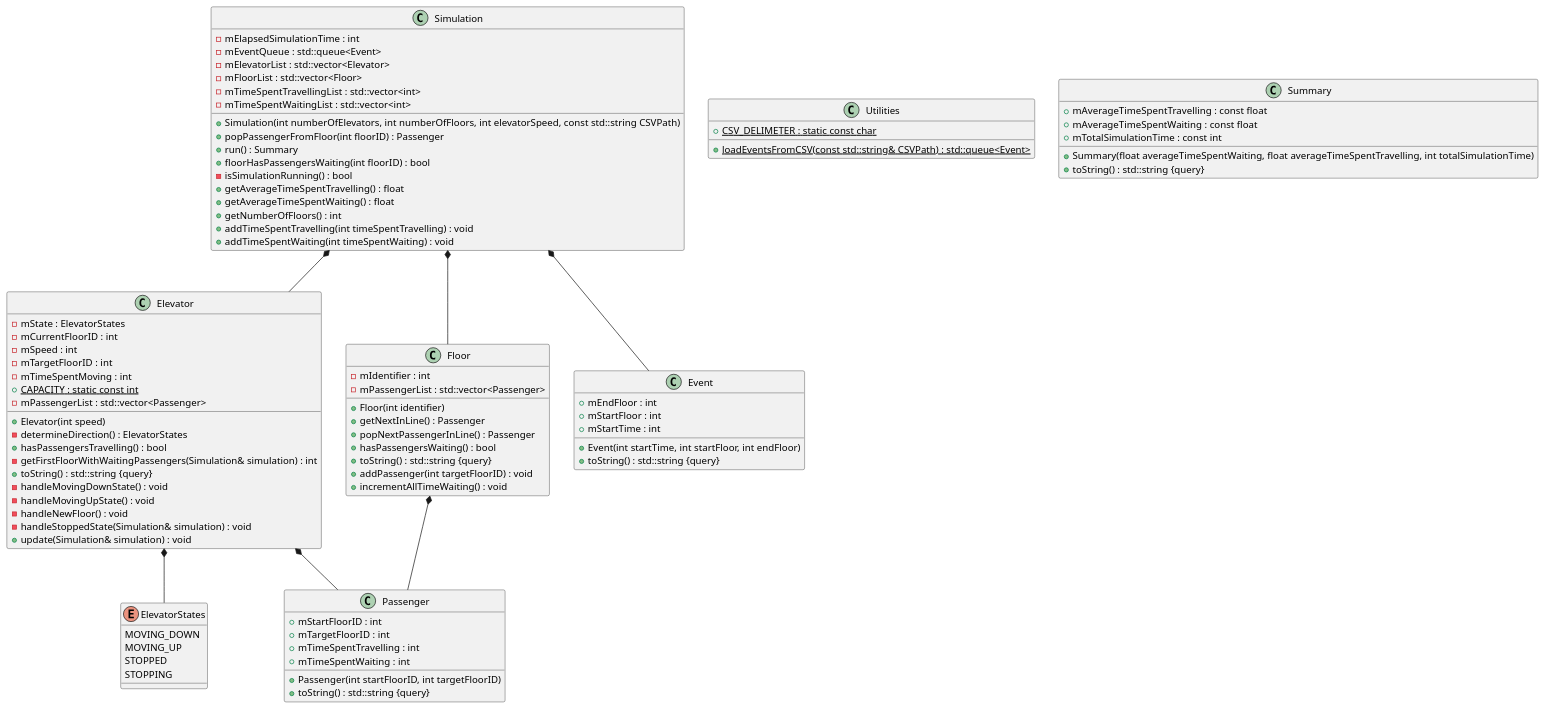
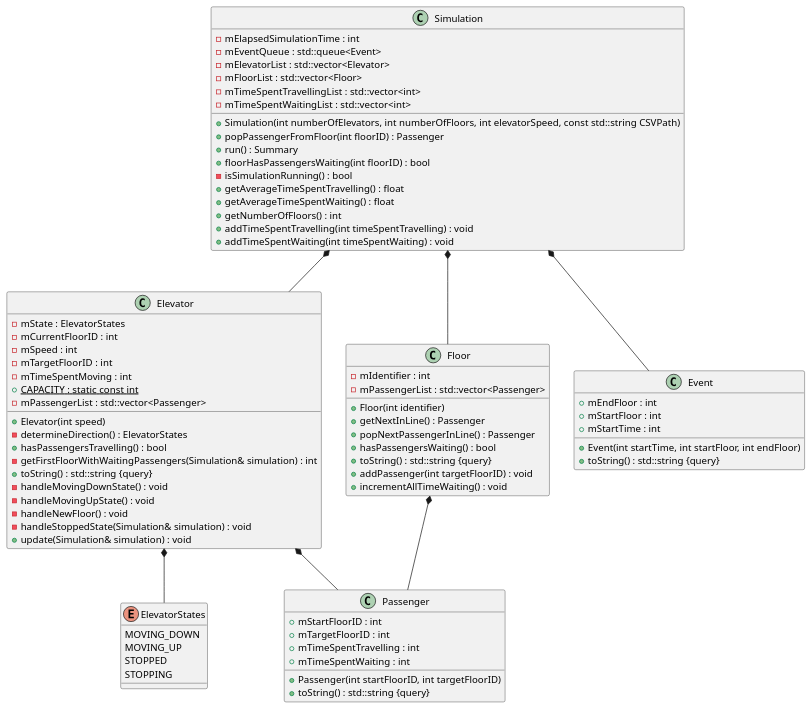
One commit to t-macdon/oop-cpp-605-604 changed the diagram in Elevators/docs/design.plantuml. Above: the diagram before and after it, drawn with PlantUML. The commit also changed 1 other file, not shown here.

Commit message:
Split some classes out so the final diagram fits better on a word doc

```diff
--- a/Elevators/docs/design.plantuml
+++ b/Elevators/docs/design.plantuml
@@ -1,141 +1,122 @@
-@startuml
-
-
-
+@startuml Elevators
 
 
 /' Objects '/
 
 class Elevator {
 	+Elevator(int speed)
 	-determineDirection() : ElevatorStates
 	-mState : ElevatorStates
 	+hasPassengersTravelling() : bool
 	-getFirstFloorWithWaitingPassengers(Simulation& simulation) : int
 	-mCurrentFloorID : int
 	-mSpeed : int
 	-mTargetFloorID : int
 	-mTimeSpentMoving : int
 	+{static} CAPACITY : static const int
 	+toString() : std::string {query}
 	-mPassengerList : std::vector<Passenger>
 	-handleMovingDownState() : void
 	-handleMovingUpState() : void
 	-handleNewFloor() : void
 	-handleStoppedState(Simulation& simulation) : void
 	+update(Simulation& simulation) : void
 }
 
 
 class Floor {
 	+Floor(int identifier)
 	+getNextInLine() : Passenger
 	+popNextPassengerInLine() : Passenger
 	+hasPassengersWaiting() : bool
 	-mIdentifier : int
 	+toString() : std::string {query}
 	-mPassengerList : std::vector<Passenger>
 	+addPassenger(int targetFloorID) : void
 	+incrementAllTimeWaiting() : void
 }
 
 
 class Simulation {
 	+Simulation(int numberOfElevators, int numberOfFloors, int elevatorSpeed, const std::string CSVPath)
 	+popPassengerFromFloor(int floorID) : Passenger
 	+run() : Summary
 	+floorHasPassengersWaiting(int floorID) : bool
 	-isSimulationRunning() : bool
 	+getAverageTimeSpentTravelling() : float
 	+getAverageTimeSpentWaiting() : float
 	+getNumberOfFloors() : int
 	-mElapsedSimulationTime : int
 	-mEventQueue : std::queue<Event>
 	-mElevatorList : std::vector<Elevator>
 	-mFloorList : std::vector<Floor>
 	-mTimeSpentTravellingList : std::vector<int>
 	-mTimeSpentWaitingList : std::vector<int>
 	+addTimeSpentTravelling(int timeSpentTravelling) : void
 	+addTimeSpentWaiting(int timeSpentWaiting) : void
 }
 
 
-class Utilities {
-	+{static} CSV_DELIMETER : static const char
-	+{static} loadEventsFromCSV(const std::string& CSVPath) : std::queue<Event>
-}
-
-
 enum ElevatorStates {
 	MOVING_DOWN
 	MOVING_UP
 	STOPPED
 	STOPPING
 }
 
 
 class Event {
 	+Event(int startTime, int startFloor, int endFloor)
 	+mEndFloor : int
 	+mStartFloor : int
 	+mStartTime : int
 	+toString() : std::string {query}
 }
 
 
 class Passenger {
 	+Passenger(int startFloorID, int targetFloorID)
 	+mStartFloorID : int
 	+mTargetFloorID : int
 	+mTimeSpentTravelling : int
 	+mTimeSpentWaiting : int
 	+toString() : std::string {query}
 }
-
-
-class Summary {
-	+Summary(float averageTimeSpentWaiting, float averageTimeSpentTravelling, int totalSimulationTime)
-	+mAverageTimeSpentTravelling : const float
-	+mAverageTimeSpentWaiting : const float
-	+mTotalSimulationTime : const int
-	+toString() : std::string {query}
-}
-
 
 
 
 
 /' Inheritance relationships '/
 
 
 
 
 /' Aggregation relationships '/
 
 .Elevator *-- .ElevatorStates
 
 
 .Elevator *-- .Passenger
 
 
 .Floor *-- .Passenger
 
 
 .Simulation *-- .Elevator
 
 
 .Simulation *-- .Event
 
 
 .Simulation *-- .Floor
 
 
 
 
 
 
 /' Nested objects '/
 
 
 
 @enduml
```
